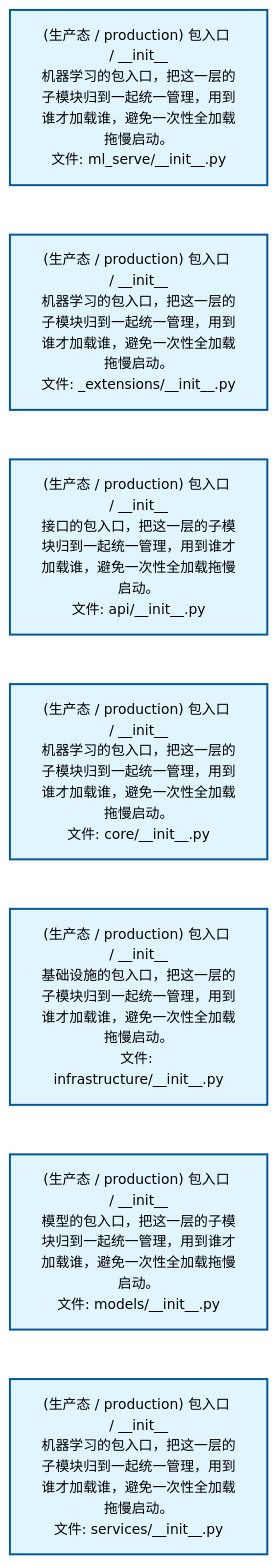
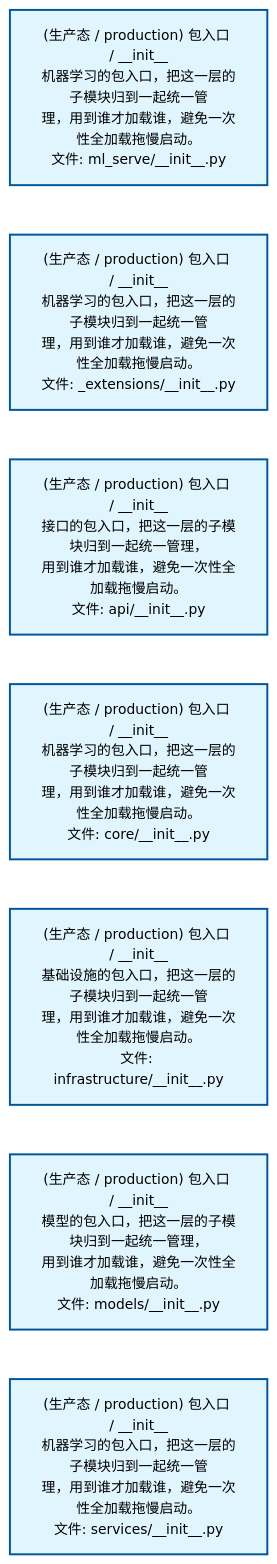
Before and after one commit to xuanFelixVan/ZephyrAlpha: the second of 2 diagrams in docs/02_enterprise_architecture/02_domain_architecture_docs/60_d_ml_serve.md, drawn with Mermaid. The commit also changed other lines of this file and 61 other files, not shown here.

````diff
--- a/docs/02_enterprise_architecture/02_domain_architecture_docs/60_d_ml_serve.md
+++ b/docs/02_enterprise_architecture/02_domain_architecture_docs/60_d_ml_serve.md
@@ -80,22 +80,22 @@
 ```mermaid
 %%{init: {'theme': 'base', 'themeVariables': {'primaryColor': '#eaeaea', 'primaryTextColor': '#333333', 'primaryBorderColor': '#666666', 'lineColor': '#666666', 'secondaryColor': '#eaeaea', 'tertiaryColor': '#eaeaea', 'fontSize': '14px'}}}%%
 flowchart TD
-    src_zephyr_ml_serve_init_py["(生产态 / production) 包入口 / __init__<br/>机器学习的包入口，把这一层的子模块归到一起统一管理，用到谁才加载谁，避免一次性全加载拖慢启动。<br/>文件: ml_serve/__init__.py"]
-    src_zephyr_ml_serve_extensions_init_py["(生产态 / production) 包入口 / __init__<br/>机器学习的包入口，把这一层的子模块归到一起统一管理，用到谁才加载谁，避免一次性全加载拖慢启动。<br/>文件: _extensions/__init__.py"]
-    src_zephyr_ml_serve_api_init_py["(生产态 / production) 包入口 / __init__<br/>接口的包入口，把这一层的子模块归到一起统一管理，用到谁才加载谁，避免一次性全加载拖慢启动。<br/>文件: api/__init__.py"]
-    src_zephyr_ml_serve_core_init_py["(生产态 / production) 包入口 / __init__<br/>机器学习的包入口，把这一层的子模块归到一起统一管理，用到谁才加载谁，避免一次性全加载拖慢启动。<br/>文件: core/__init__.py"]
-    src_zephyr_ml_serve_infrastructure_init_py["(生产态 / production) 包入口 / __init__<br/>基础设施的包入口，把这一层的子模块归到一起统一管理，用到谁才加载谁，避免一次性全加载拖慢启动。<br/>文件: infrastructure/__init__.py"]
-    src_zephyr_ml_serve_models_init_py["(生产态 / production) 包入口 / __init__<br/>模型的包入口，把这一层的子模块归到一起统一管理，用到谁才加载谁，避免一次性全加载拖慢启动。<br/>文件: models/__init__.py"]
-    src_zephyr_ml_serve_services_init_py["(生产态 / production) 包入口 / __init__<br/>机器学习的包入口，把这一层的子模块归到一起统一管理，用到谁才加载谁，避免一次性全加载拖慢启动。<br/>文件: services/__init__.py"]
+    src_zephyr_ml_serve_init_py["(生产态 / production) 包入口 / __init__<br/>机器学习的包入口，把这一层的子模块归到一起统一管<br/>理，用到谁才加载谁，避免一次性全加载拖慢启动。<br/>文件: ml_serve/__init__.py"]
+    src_zephyr_ml_serve_extensions_init_py["(生产态 / production) 包入口 / __init__<br/>机器学习的包入口，把这一层的子模块归到一起统一管<br/>理，用到谁才加载谁，避免一次性全加载拖慢启动。<br/>文件: _extensions/__init__.py"]
+    src_zephyr_ml_serve_api_init_py["(生产态 / production) 包入口 / __init__<br/>接口的包入口，把这一层的子模块归到一起统一管理，<br/>用到谁才加载谁，避免一次性全加载拖慢启动。<br/>文件: api/__init__.py"]
+    src_zephyr_ml_serve_core_init_py["(生产态 / production) 包入口 / __init__<br/>机器学习的包入口，把这一层的子模块归到一起统一管<br/>理，用到谁才加载谁，避免一次性全加载拖慢启动。<br/>文件: core/__init__.py"]
+    src_zephyr_ml_serve_infrastructure_init_py["(生产态 / production) 包入口 / __init__<br/>基础设施的包入口，把这一层的子模块归到一起统一管<br/>理，用到谁才加载谁，避免一次性全加载拖慢启动。<br/>文件: infrastructure/__init__.py"]
+    src_zephyr_ml_serve_models_init_py["(生产态 / production) 包入口 / __init__<br/>模型的包入口，把这一层的子模块归到一起统一管理，<br/>用到谁才加载谁，避免一次性全加载拖慢启动。<br/>文件: models/__init__.py"]
+    src_zephyr_ml_serve_services_init_py["(生产态 / production) 包入口 / __init__<br/>机器学习的包入口，把这一层的子模块归到一起统一管<br/>理，用到谁才加载谁，避免一次性全加载拖慢启动。<br/>文件: services/__init__.py"]
     src_zephyr_ml_serve_init_py ~~~ src_zephyr_ml_serve_extensions_init_py
     src_zephyr_ml_serve_extensions_init_py ~~~ src_zephyr_ml_serve_api_init_py
     src_zephyr_ml_serve_api_init_py ~~~ src_zephyr_ml_serve_core_init_py
     src_zephyr_ml_serve_core_init_py ~~~ src_zephyr_ml_serve_infrastructure_init_py
     src_zephyr_ml_serve_infrastructure_init_py ~~~ src_zephyr_ml_serve_models_init_py
     src_zephyr_ml_serve_models_init_py ~~~ src_zephyr_ml_serve_services_init_py
     classDef production fill:#e1f5fe,stroke:#01579b,stroke-width:2px,color:#000
     classDef design fill:#fff3e0,stroke:#e65100,stroke-width:2px,color:#000,stroke-dasharray: 5 5
     classDef external_prod fill:#e8f4fd,stroke:#0277bd,stroke-width:1px,color:#000
     classDef external_design fill:#fff8e7,stroke:#ef6c00,stroke-width:1px,color:#000,stroke-dasharray: 5 5
     class src_zephyr_ml_serve_init_py,src_zephyr_ml_serve_extensions_init_py,src_zephyr_ml_serve_api_init_py,src_zephyr_ml_serve_core_init_py,src_zephyr_ml_serve_infrastructure_init_py,src_zephyr_ml_serve_models_init_py,src_zephyr_ml_serve_services_init_py production
 ```
````
